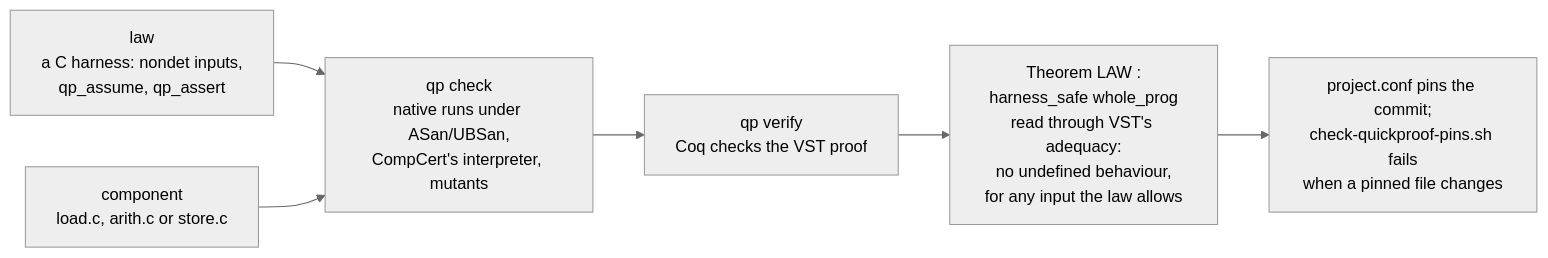
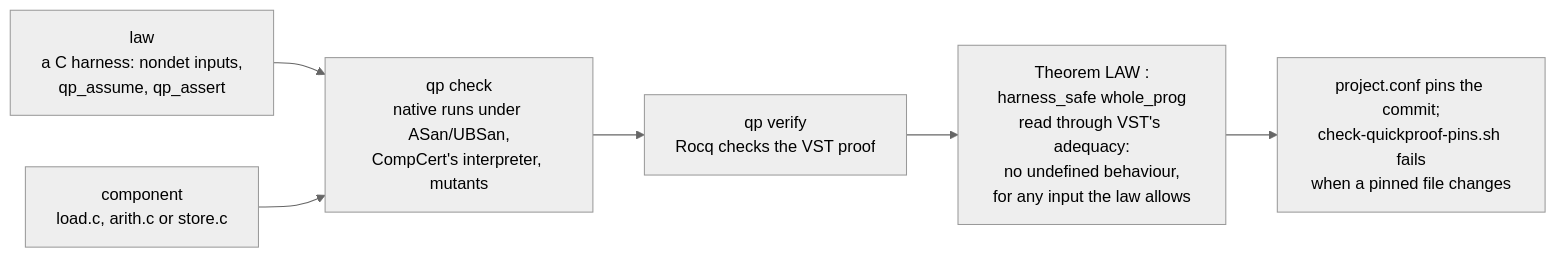
The diagram in proofs/quickproof/README.md (rudi-cilibrasi/openverse), drawn with Mermaid (neutral theme) before and after one commit. The commit also changed other lines of this file and 7 other files, not shown here.

First line of the commit message:
Docs: Rocq, the prover's current name, in place of Coq

````diff
--- a/proofs/quickproof/README.md
+++ b/proofs/quickproof/README.md
@@ -15,8 +15,8 @@
 ```mermaid
 flowchart LR
     law["law<br/>a C harness: nondet inputs,<br/>qp_assume, qp_assert"] --> check
     comp["component<br/>load.c, arith.c or store.c"] --> check
-    check["qp check<br/>native runs under ASan/UBSan,<br/>CompCert's interpreter, mutants"] --> verify["qp verify<br/>Coq checks the VST proof"]
+    check["qp check<br/>native runs under ASan/UBSan,<br/>CompCert's interpreter, mutants"] --> verify["qp verify<br/>Rocq checks the VST proof"]
     verify --> thm["Theorem LAW :<br/>harness_safe whole_prog<br/>read through VST's adequacy:<br/>no undefined behaviour,<br/>for any input the law allows"]
     thm --> pin["project.conf pins the commit;<br/>check-quickproof-pins.sh fails<br/>when a pinned file changes"]
 ```
````
